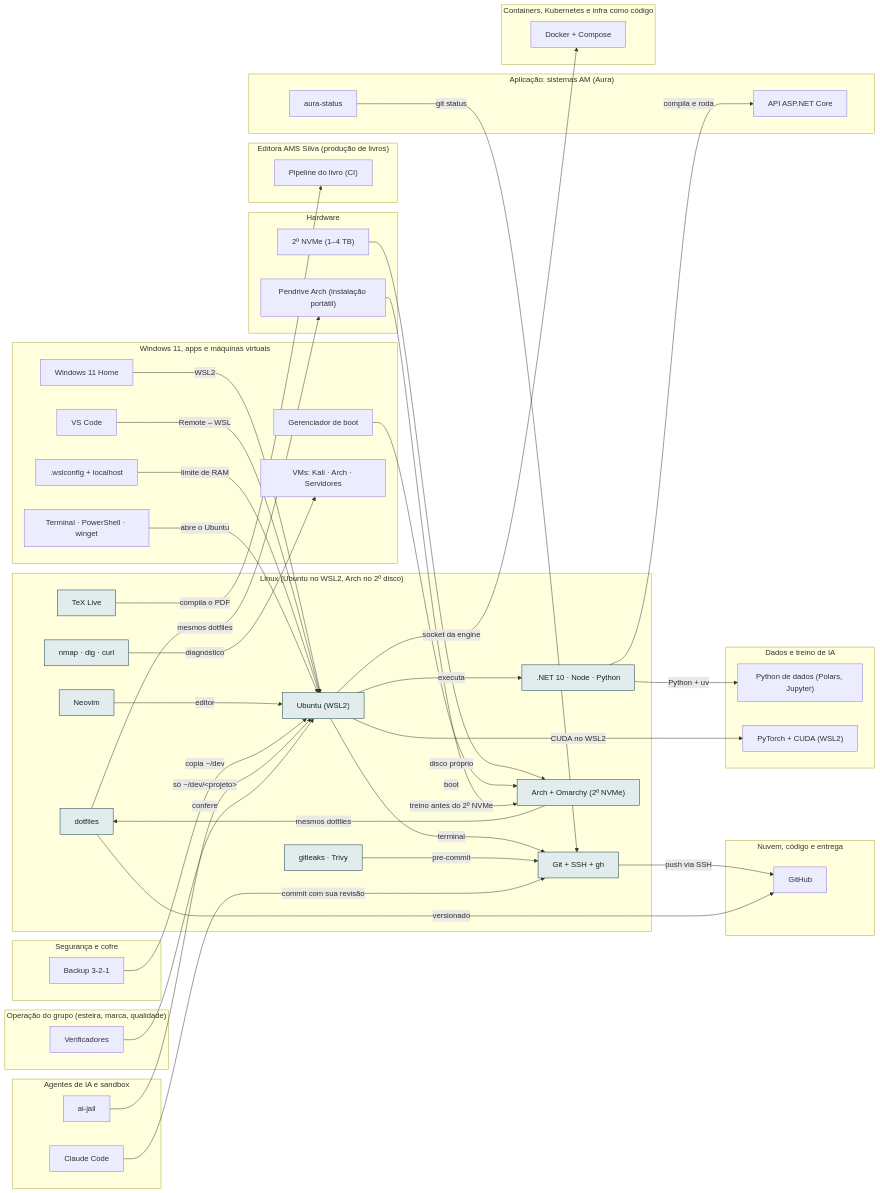
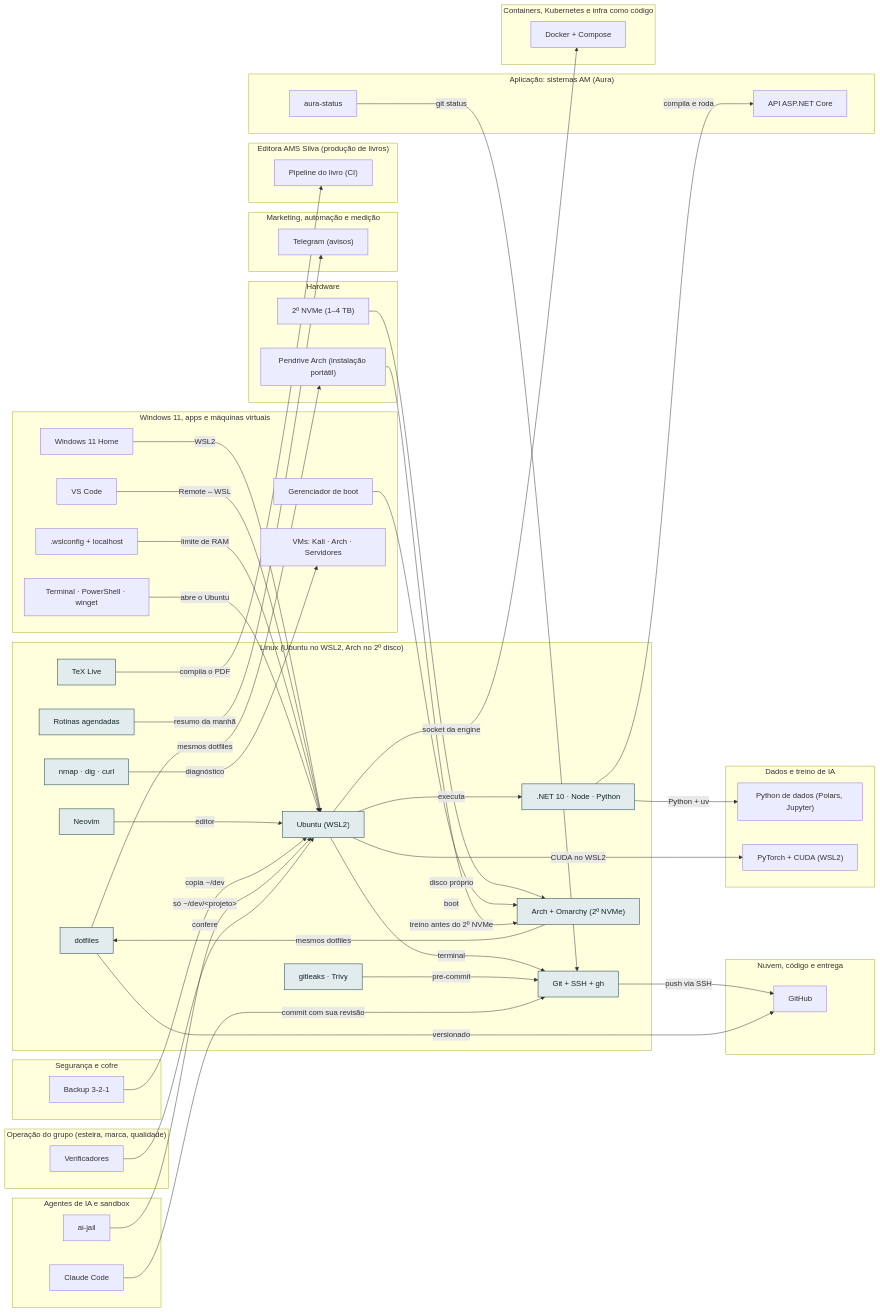
One commit to AlanMateus17/dev-setup changed the diagram in docs/camadas/04-lin.md. Above: the diagram before and after it, drawn with Mermaid. The commit also changed other lines of this file and 75 other files, not shown here.

First line of the commit message:
feat: kit de sites, avaliador de templates, radar, bot do Telegram, financeiro local, Fábrica de aulas, rotinas e casa

````diff
--- a/docs/camadas/04-lin.md
+++ b/docs/camadas/04-lin.md
@@ -23,9 +23,13 @@
     n_sec["gitleaks · Trivy"]
     n_dot["dotfiles"]
     n_arch["Arch + Omarchy (2º NVMe)"]
+    n_rotinas["Rotinas agendadas"]
   end
   subgraph L_oper["Operação do grupo (esteira, marca, qualidade)"]
     n_overif["Verificadores"]
+  end
+  subgraph L_mkt["Marketing, automação e medição"]
+    n_tg["Telegram (avisos)"]
   end
   subgraph L_editora["Editora AMS Silva (produção de livros)"]
     n_bci["Pipeline do livro (CI)"]
@@ -89,6 +93,7 @@
   n_nvme -->|"disco próprio"| n_arch
   n_boot -->|"boot"| n_arch
   n_parch -->|"treino antes do 2º NVMe"| n_arch
+  n_rotinas -->|"resumo da manhã"| n_tg
   classDef desta fill:#e2ecec,stroke:#0e3a45,color:#13262b
-  class n_nvim,n_netw,n_wsl,n_git,n_rt,n_tex,n_sec,n_dot,n_arch desta
+  class n_nvim,n_netw,n_wsl,n_git,n_rt,n_tex,n_sec,n_dot,n_arch,n_rotinas desta
 ```
````
